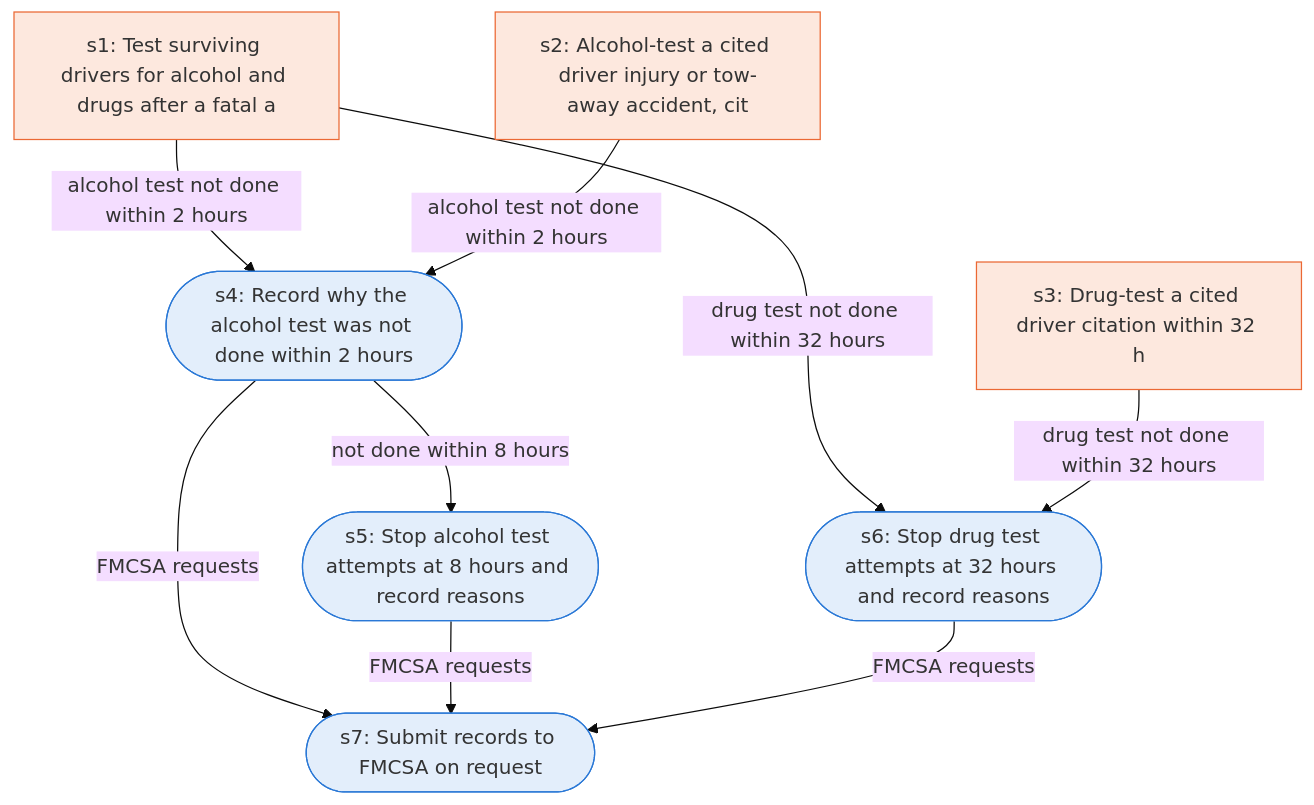
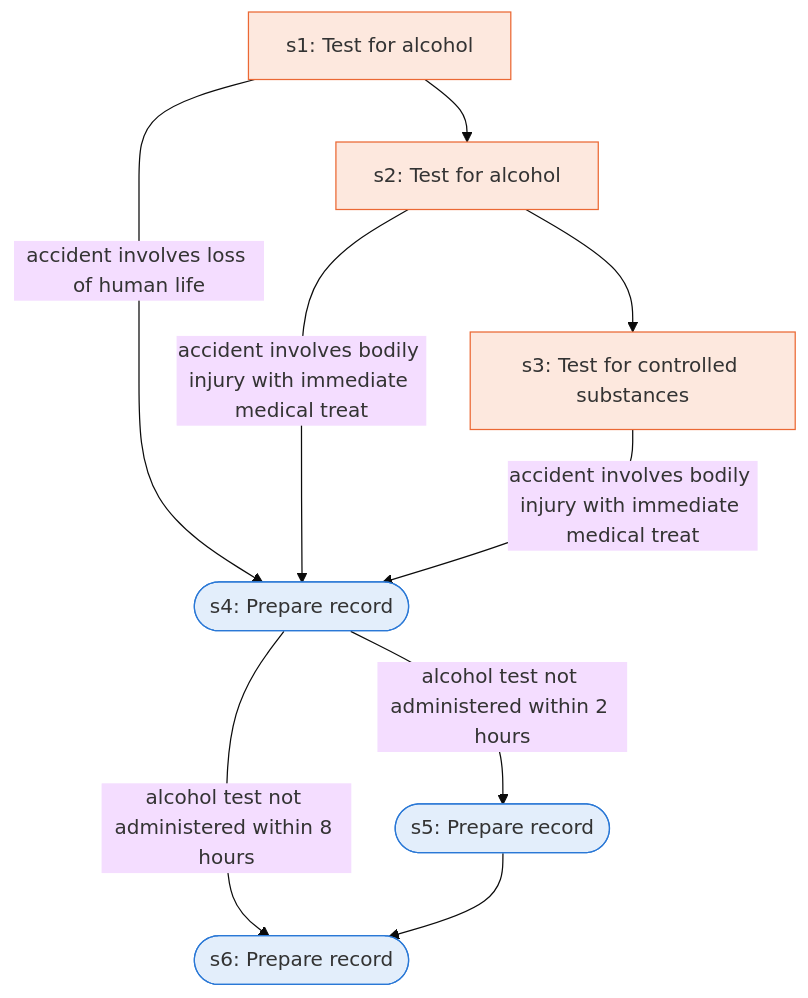
One commit to Jitesh-Mishra/sop-to-agent-workflows changed the diagram in docs/runbooks/fmcsa_post_accident_testing.md. Above: the diagram before and after it, drawn with Mermaid (base theme). The commit also changed other lines of this file and 172 other files, not shown here.

````diff
--- a/docs/runbooks/fmcsa_post_accident_testing.md
+++ b/docs/runbooks/fmcsa_post_accident_testing.md
@@ -7,22 +7,21 @@
 ```mermaid
 flowchart TD
-  s1["s1: Test surviving drivers for alcohol and drugs after a fatal a"]
-  s2["s2: Alcohol-test a cited driver injury or tow-away accident, cit"]
-  s3["s3: Drug-test a cited driver citation within 32 h"]
-  s4(["s4: Record why the alcohol test was not done within 2 hours"])
-  s5(["s5: Stop alcohol test attempts at 8 hours and record reasons"])
-  s6(["s6: Stop drug test attempts at 32 hours and record reasons"])
-  s7(["s7: Submit records to FMCSA on request"])
-  s1 -->|alcohol test not done within 2 hours| s4
-  s2 -->|alcohol test not done within 2 hours| s4
-  s4 -->|not done within 8 hours| s5
-  s1 -->|drug test not done within 32 hours| s6
-  s3 -->|drug test not done within 32 hours| s6
-  s4 -->|FMCSA requests| s7
-  s5 -->|FMCSA requests| s7
-  s6 -->|FMCSA requests| s7
+  s1["s1: Test for alcohol"]
+  s2["s2: Test for alcohol"]
+  s3["s3: Test for controlled substances"]
+  s4(["s4: Prepare record"])
+  s5(["s5: Prepare record"])
+  s6(["s6: Prepare record"])
+  s1 --> s2
+  s2 --> s3
+  s1 -->|accident involves loss of human life| s4
+  s2 -->|accident involves bodily injury with immediate medical treat| s4
+  s3 -->|accident involves bodily injury with immediate medical treat| s4
+  s4 -->|alcohol test not administered within 2 hours| s5
+  s4 -->|alcohol test not administered within 8 hours| s6
+  s5 --> s6
   classDef agent fill:#e3eefb,stroke:#2a78d6
   classDef human fill:#fde8de,stroke:#eb6834
-  class s4,s5,s6,s7 agent
+  class s4,s5,s6 agent
   class s1,s2,s3 human
 ```
````
